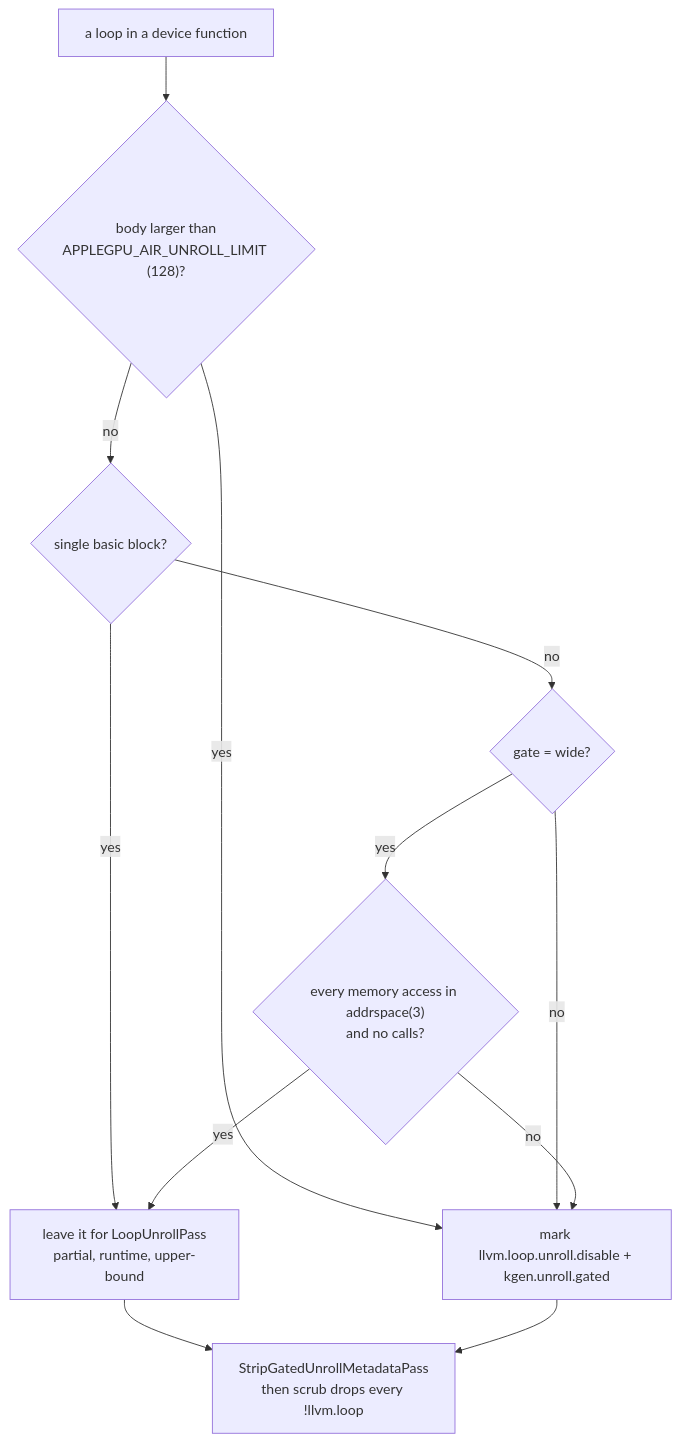
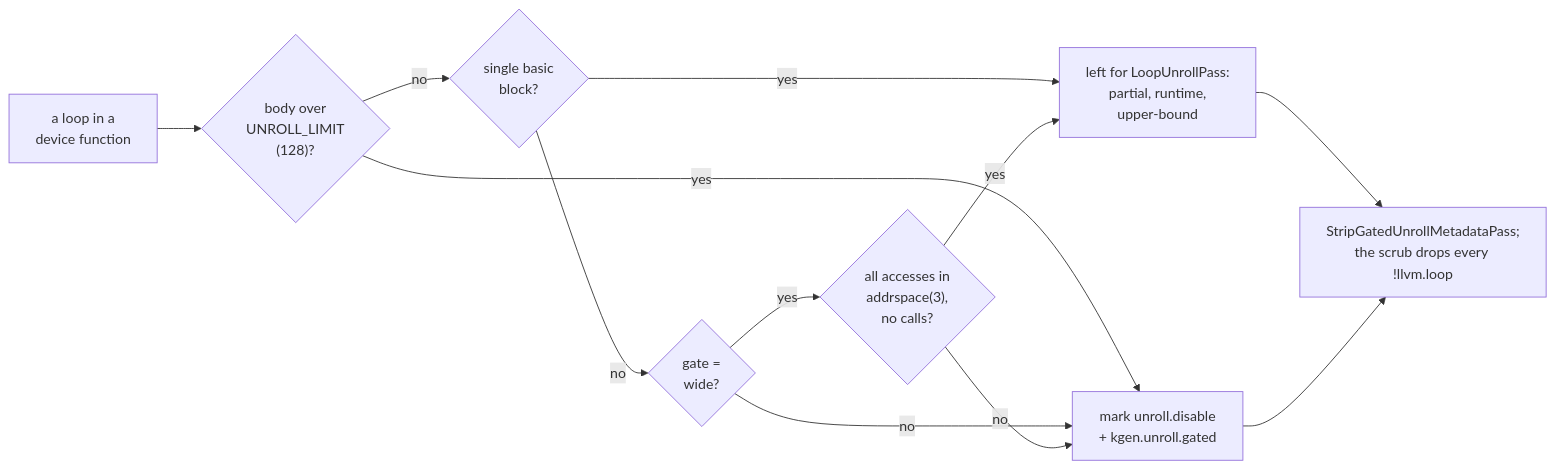
The diagram in AirLoweringWalkthrough/06-making-it-fast.md (albanread/MojoCocoa), drawn with Mermaid before and after one commit. The commit also changed other lines of this file and 6 other files, not shown here.

````diff
--- a/AirLoweringWalkthrough/06-making-it-fast.md
+++ b/AirLoweringWalkthrough/06-making-it-fast.md
@@ -160,24 +156,24 @@
 ```mermaid
-flowchart TD
+flowchart LR
 %% @id air-unroll-gate
 %% @name MarkLargeLoopsNoUnrollPass: which loops the unroller may touch
 %% @node L shape=stadium stroke=#14375A stroke_width=2
 %% @node B shape=diamond stroke=#714505 stroke_width=2
 %% @node S shape=diamond stroke=#714505 stroke_width=2
 %% @node W shape=diamond stroke=#714505 stroke_width=2
 %% @node T shape=diamond stroke=#714505 stroke_width=2
 %% @node ok shape=rounded stroke=#2C440D stroke_width=2
 %% @node no shape=rounded stroke=#7C3A06 stroke_width=2
 %% @node strip shape=rounded stroke=#14375A stroke_width=2
-    L["a loop in a device function"] --> B{"body larger than<br/>APPLEGPU_AIR_UNROLL_LIMIT (128)?"}
-    B -->|yes| no["mark llvm.loop.unroll.disable + kgen.unroll.gated"]
-    B -->|no| S{"single basic block?"}
-    S -->|yes| ok["leave it for LoopUnrollPass<br/>partial, runtime, upper-bound"]
-    S -->|no| W{"gate = wide?"}
+    L["a loop in a<br/>device function"] --> B{"body over<br/>UNROLL_LIMIT<br/>(128)?"}
+    B -->|no| S{"single basic<br/>block?"}
+    S -->|no| W{"gate =<br/>wide?"}
+    W -->|yes| T{"all accesses in<br/>addrspace(3),<br/>no calls?"}
+    B -->|yes| no["mark unroll.disable<br/>+ kgen.unroll.gated"]
     W -->|no| no
-    W -->|yes| T{"every memory access in addrspace(3)<br/>and no calls?"}
+    T -->|no| no
+    S -->|yes| ok["left for LoopUnrollPass:<br/>partial, runtime,<br/>upper-bound"]
     T -->|yes| ok
-    T -->|no| no
-    ok --> strip["StripGatedUnrollMetadataPass<br/>then scrub drops every !llvm.loop"]
+    ok --> strip["StripGatedUnrollMetadataPass;<br/>the scrub drops every !llvm.loop"]
     no --> strip
 ```
````
